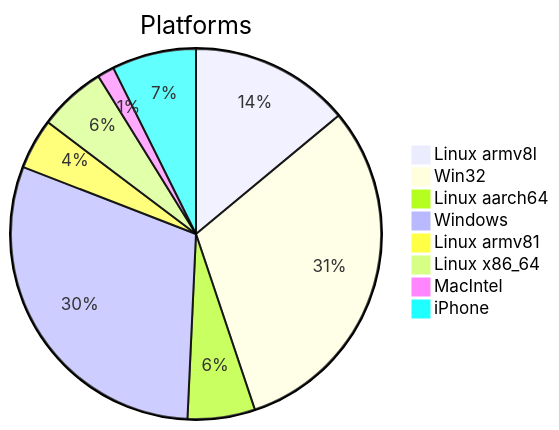
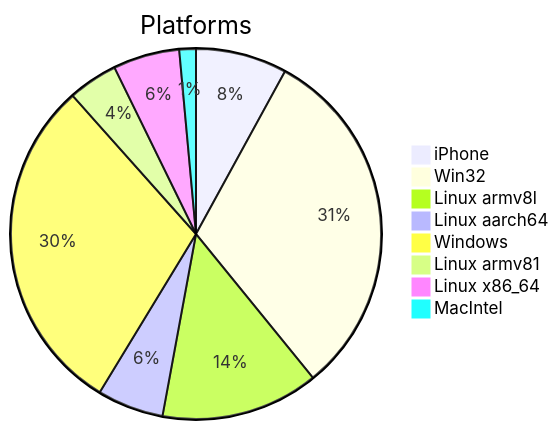
The first of 2 diagrams in DATA_REPORT.md (Krugou/socials), drawn with Mermaid before and after one commit. The commit also changed other lines of this file and 2 other files, not shown here.

````diff
--- a/DATA_REPORT.md
+++ b/DATA_REPORT.md
@@ -9,11 +9,11 @@
 ```mermaid
 pie title Platforms
+    "iPhone" : 11
+    "Win32" : 43
     "Linux armv8l" : 19
-    "Win32" : 42
     "Linux aarch64" : 8
     "Windows" : 41
     "Linux armv81" : 6
     "Linux x86_64" : 8
     "MacIntel" : 2
-    "iPhone" : 10
 ```
````
